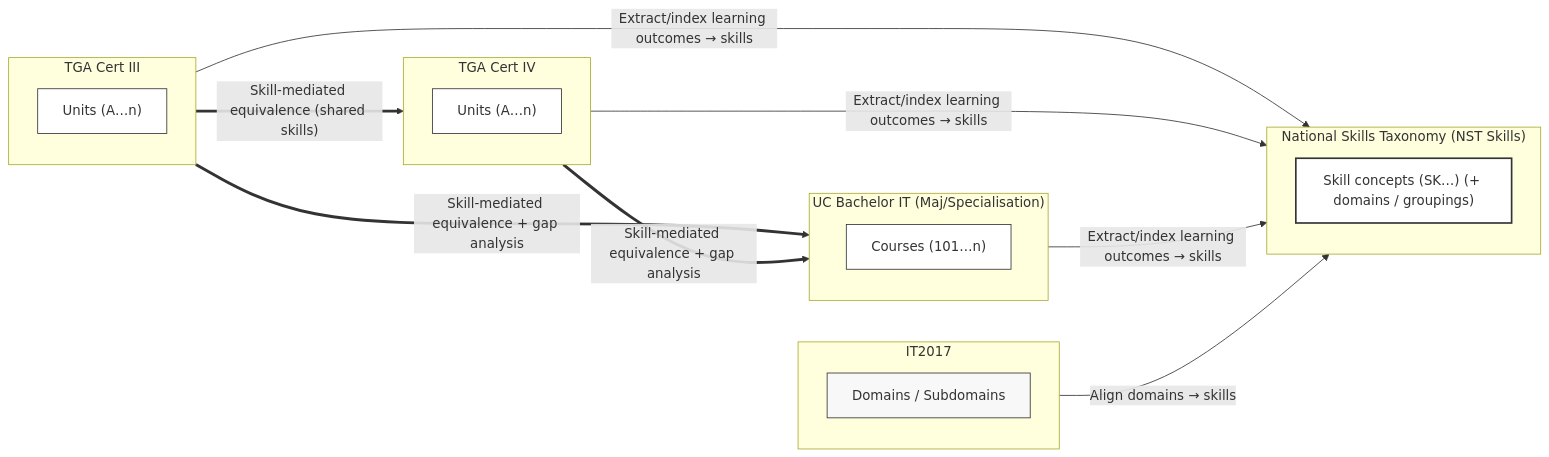
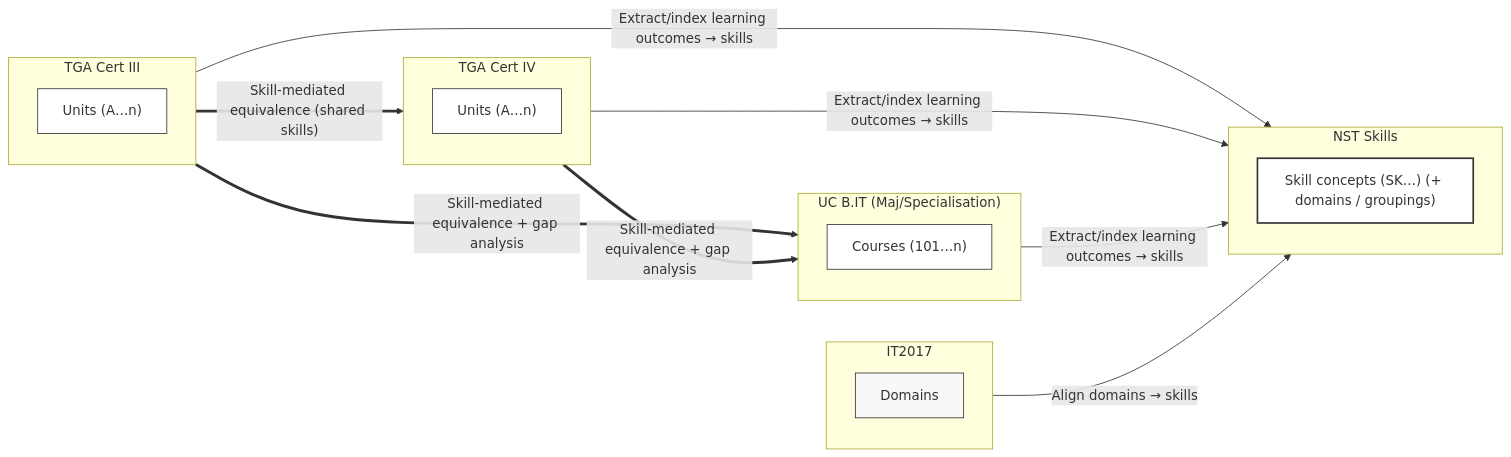
One commit to leskneebone/skills-SPARQL changed the third of 3 diagrams in reports/creditTransferModels.md. Above: the diagram before and after it, drawn with Mermaid.

````diff
--- a/reports/creditTransferModels.md
+++ b/reports/creditTransferModels.md
@@ -87,38 +87,38 @@
 ```mermaid
 flowchart LR
-  %% Diagram 3 — NST Skills as the bridge (indexes VET + HE + IT2017)
+  %% Diagram 3 — NST Skills as bridge (indexes VET + HE + IT2017)
   subgraph CertIII["TGA Cert III"]
     C3["Units (A…n)"]:::unit
   end
 
   subgraph CertIV["TGA Cert IV"]
     C4["Units (A…n)"]:::unit
   end
 
-  subgraph UCBIT["UC Bachelor IT (Maj/Specialisation)"]
+  subgraph UCBIT["UC B.IT (Maj/Specialisation)"]
     UC["Courses (101…n)"]:::unit
   end
 
   subgraph IT2017["IT2017"]
-    KA["Domains / Subdomains"]:::scheme
+    KA["Domains"]:::scheme
   end
 
-  subgraph NST["National Skills Taxonomy (NST Skills)"]
+  subgraph NST["NST Skills"]
     Skills["Skill concepts (SK…) (+ domains / groupings)"]:::hero
   end
 
   %% NST indexes everything
   CertIII -->|"Extract/index learning outcomes → skills"| NST
   CertIV  -->|"Extract/index learning outcomes → skills"| NST
   UCBIT  -->|"Extract/index learning outcomes → skills"| NST
   IT2017 -->|"Align domains → skills"| NST
 
   %% Credit transfer becomes skill-mediated
   CertIII == "Skill-mediated equivalence + gap analysis" ==> UCBIT
   CertIV  == "Skill-mediated equivalence + gap analysis" ==> UCBIT
   CertIII == "Skill-mediated equivalence (shared skills)" ==> CertIV
 
   classDef unit fill:#fff,stroke:#333,stroke-width:1px;
   classDef scheme fill:#f8f8f8,stroke:#333,stroke-width:1px;
   classDef hero fill:#fff,stroke:#333,stroke-width:2px;
 ```
````
